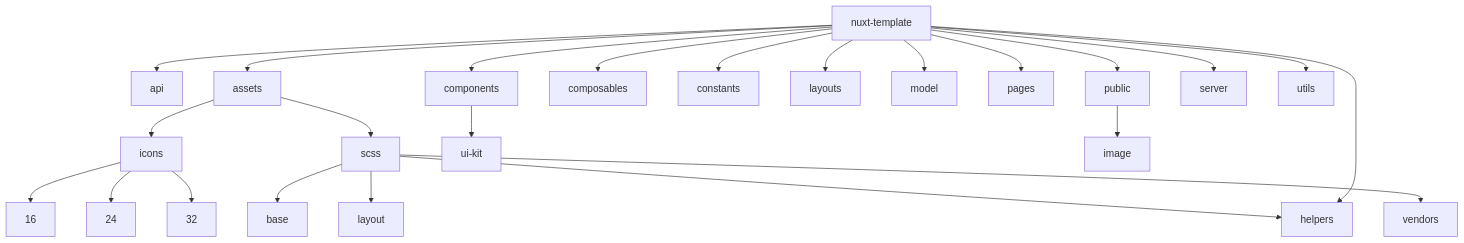
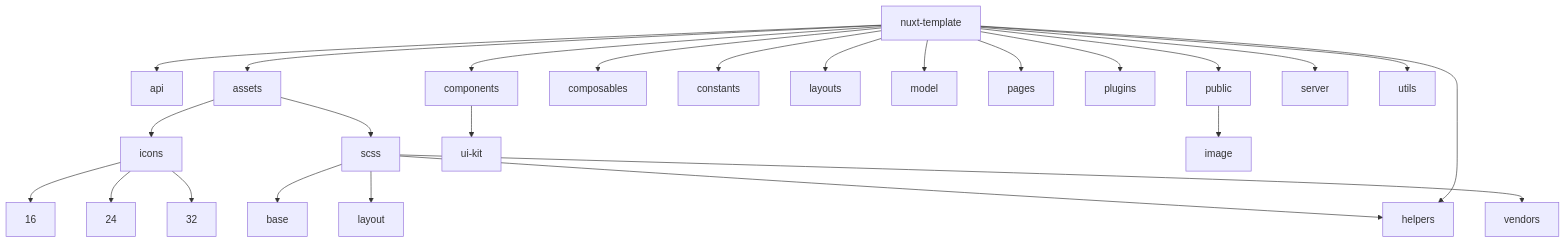
The diagram in README.md (maratakoev/adaptive_slider_test), drawn with Mermaid before and after one commit. The commit also changed other lines of this file and 1 other file, not shown here.

````diff
--- a/README.md
+++ b/README.md
@@ -88,26 +88,27 @@
 ```mermaid
 graph TD;
     nuxt-template-->api;
     nuxt-template-->assets;
     nuxt-template-->components;
     nuxt-template-->composables;
     nuxt-template-->constants;
     nuxt-template-->helpers;
     nuxt-template-->layouts;
     nuxt-template-->model;
     nuxt-template-->pages;
+    nuxt-template-->plugins;
     nuxt-template-->public;
     nuxt-template-->server;
     nuxt-template-->utils;
     assets-->icons;
     assets-->scss;
     scss-->base;
     scss-->helpers;
     scss-->layout;
     scss-->vendors;
     icons-->16;
     icons-->24;
     icons-->32;
     components-->ui-kit;
     public-->image;
 ```
````
